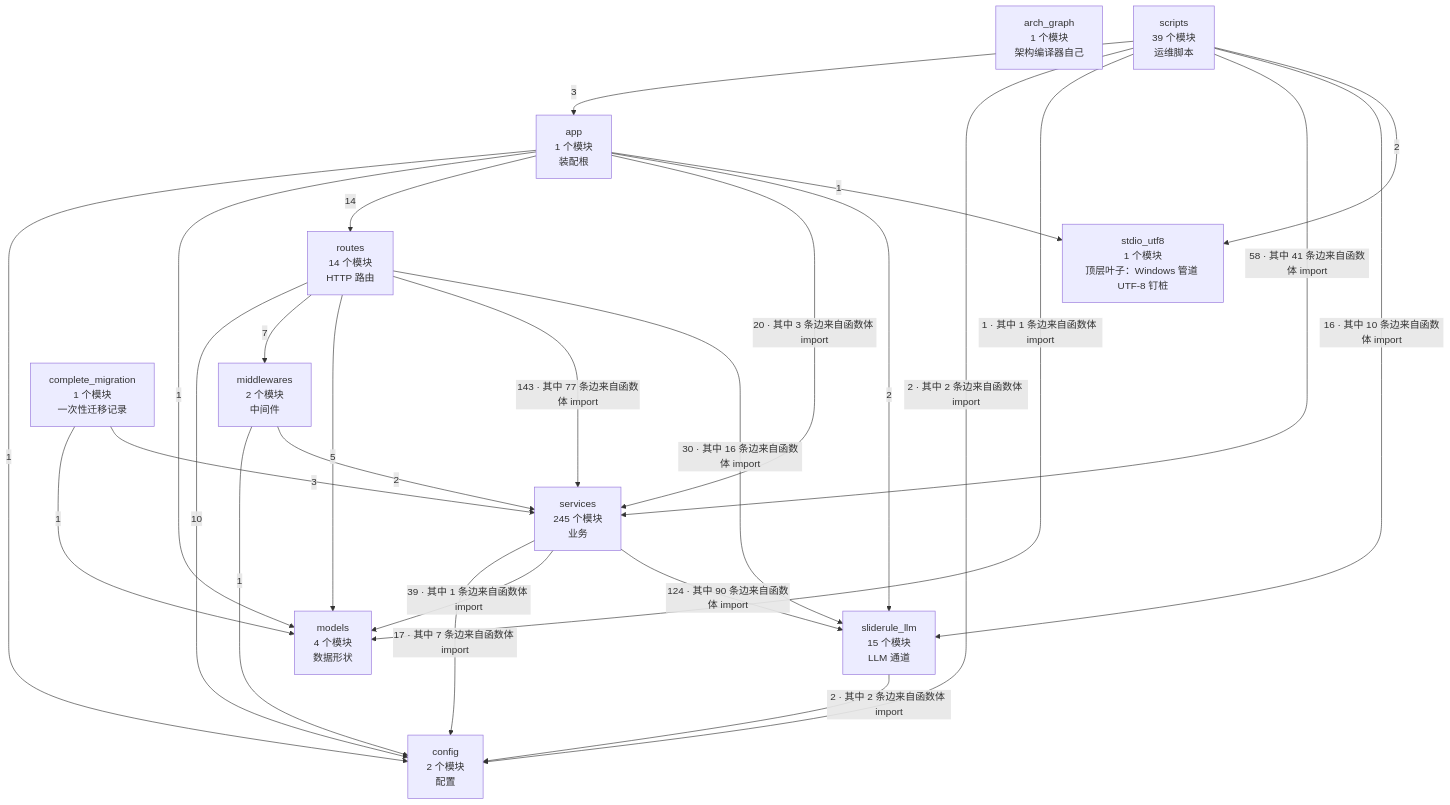
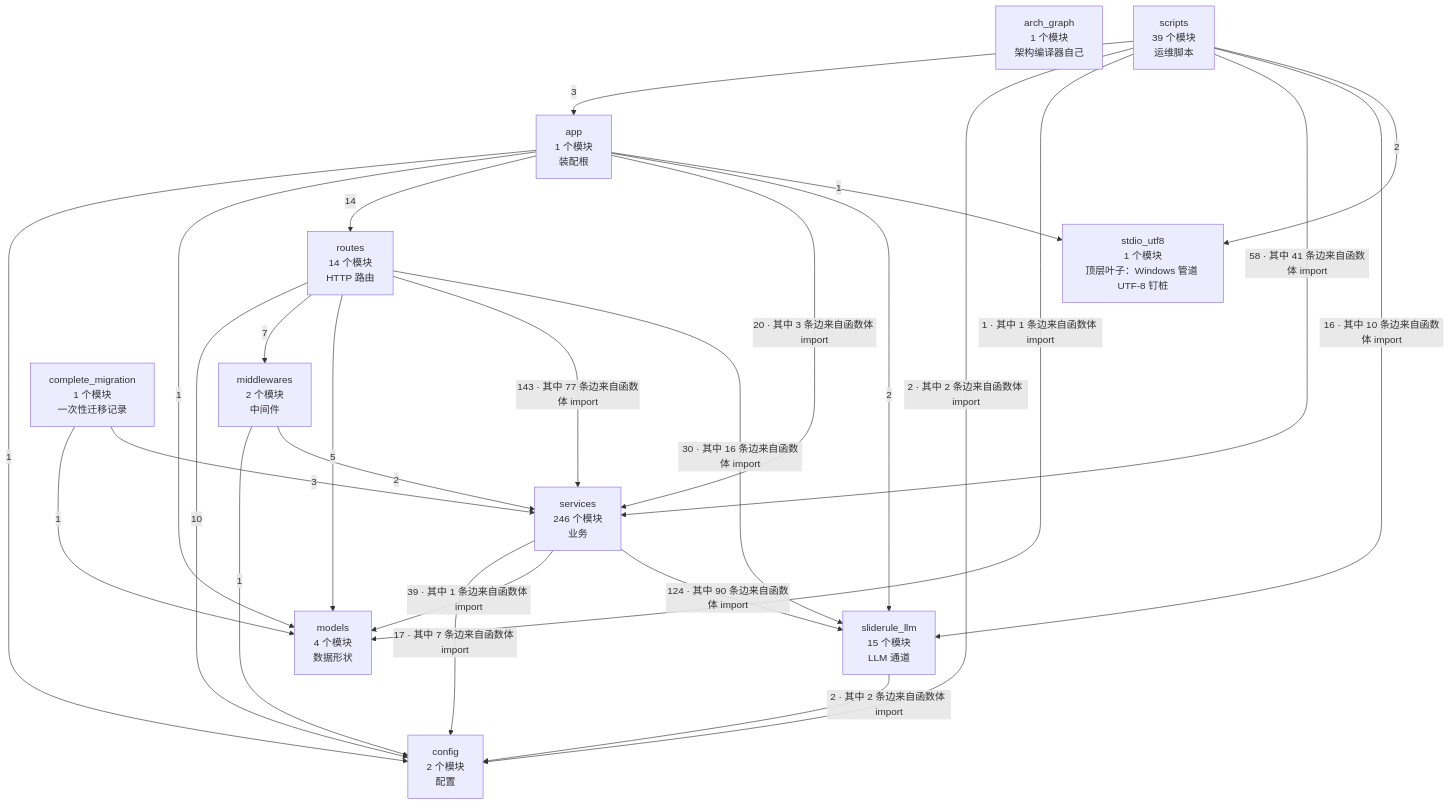
One commit to 2686521696/WhyBuddy changed the second of 4 diagrams in docs/SlideRule V6.2 架构图（自动生成）.md. Above: the diagram before and after it, drawn with Mermaid. The commit also changed other lines of this file and 21 other files, not shown here.

````diff
--- a/docs/SlideRule V6.2 架构图（自动生成）.md
+++ b/docs/SlideRule V6.2 架构图（自动生成）.md
@@ -62,39 +62,39 @@
 ```mermaid
 flowchart TB
   arch_graph["arch_graph<br/>1 个模块<br/>架构编译器自己"]
   config["config<br/>2 个模块<br/>配置"]
   models["models<br/>4 个模块<br/>数据形状"]
   stdio_utf8["stdio_utf8<br/>1 个模块<br/>顶层叶子：Windows 管道 UTF-8 钉桩"]
   sliderule_llm["sliderule_llm<br/>15 个模块<br/>LLM 通道"]
   middlewares["middlewares<br/>2 个模块<br/>中间件"]
-  services["services<br/>245 个模块<br/>业务"]
+  services["services<br/>246 个模块<br/>业务"]
   routes["routes<br/>14 个模块<br/>HTTP 路由"]
   app["app<br/>1 个模块<br/>装配根"]
   complete_migration["complete_migration<br/>1 个模块<br/>一次性迁移记录"]
   scripts["scripts<br/>39 个模块<br/>运维脚本"]
   app -->|1| config
   app -->|1| models
   app -->|14| routes
   app -->|20 · 其中 3 条边来自函数体 import| services
   app -->|2| sliderule_llm
   app -->|1| stdio_utf8
   complete_migration -->|1| models
   complete_migration -->|3| services
   middlewares -->|1| config
   middlewares -->|2| services
   routes -->|10| config
   routes -->|7| middlewares
   routes -->|5| models
   routes -->|143 · 其中 77 条边来自函数体 import| services
   routes -->|30 · 其中 16 条边来自函数体 import| sliderule_llm
   scripts -->|3| app
   scripts -->|2 · 其中 2 条边来自函数体 import| config
   scripts -->|1 · 其中 1 条边来自函数体 import| models
   scripts -->|58 · 其中 41 条边来自函数体 import| services
   scripts -->|16 · 其中 10 条边来自函数体 import| sliderule_llm
   scripts -->|2| stdio_utf8
   services -->|17 · 其中 7 条边来自函数体 import| config
   services -->|39 · 其中 1 条边来自函数体 import| models
   services -->|124 · 其中 90 条边来自函数体 import| sliderule_llm
   sliderule_llm -->|2 · 其中 2 条边来自函数体 import| config
 ```
````
